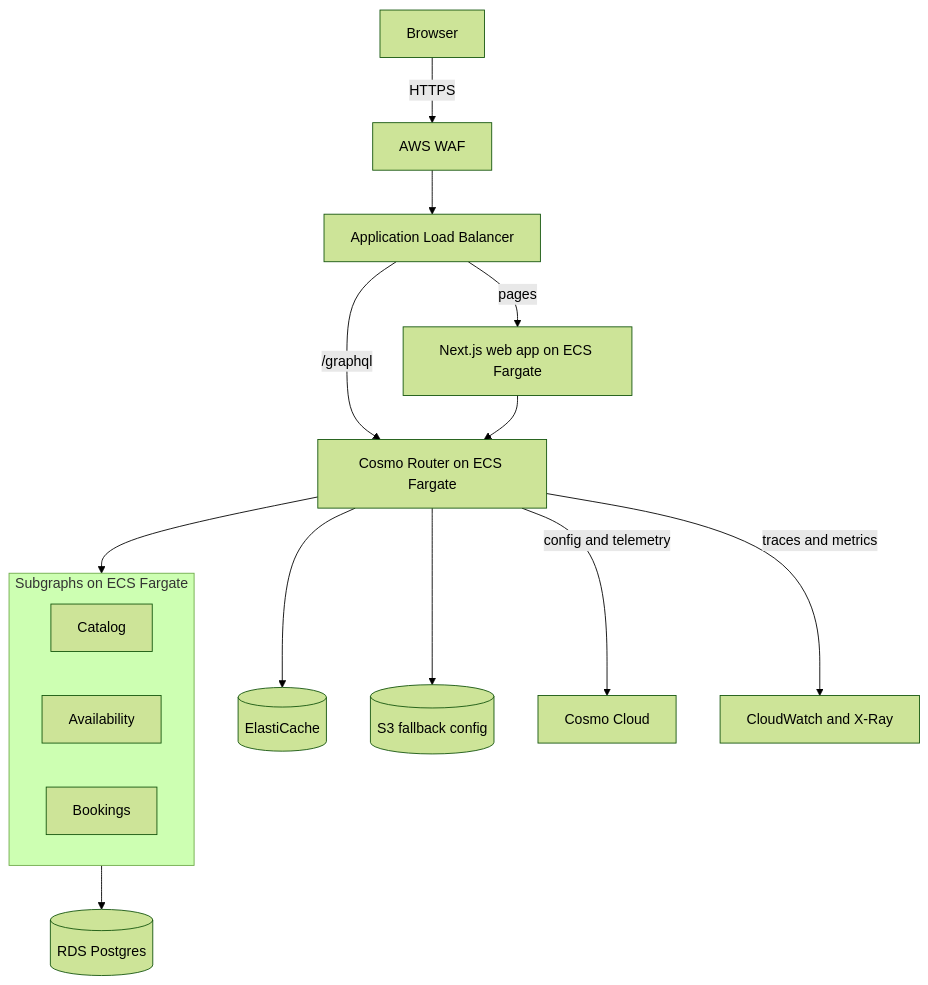
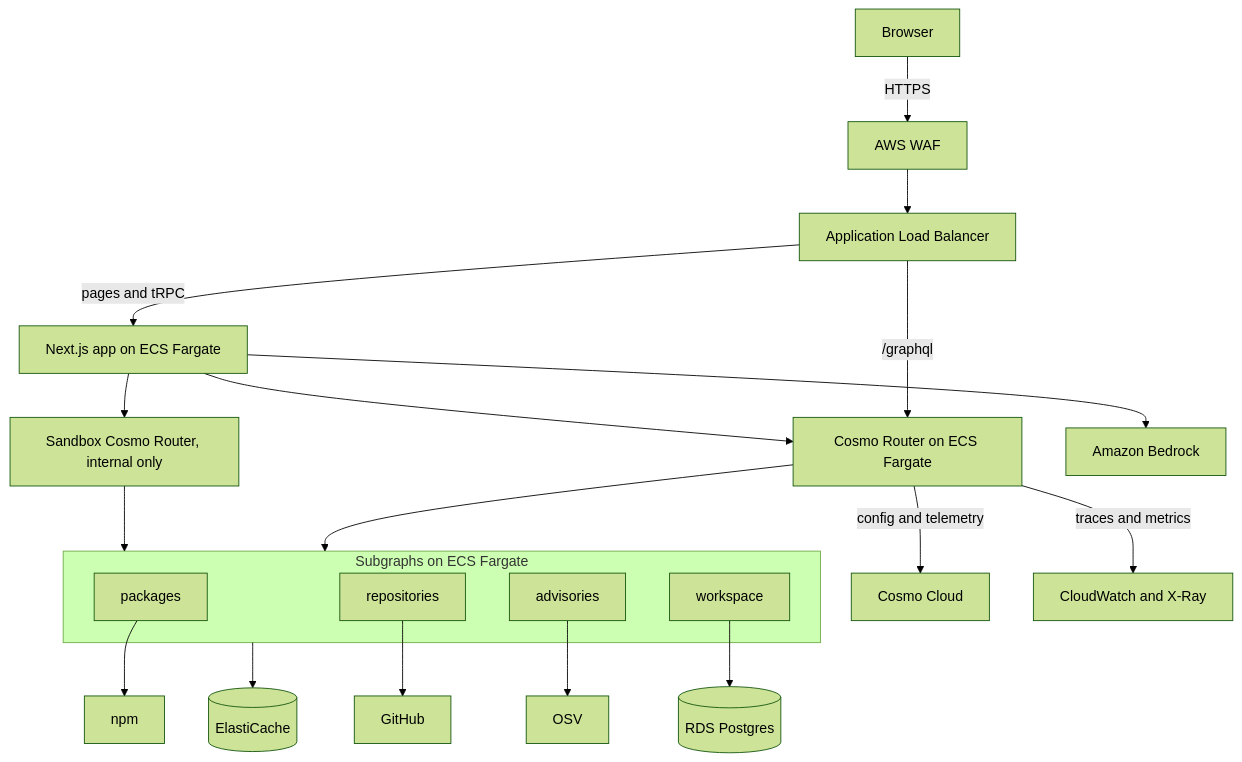
Before and after one commit to ayenisholah/signalbox: the diagram in README.md, drawn with Mermaid (forest theme). The commit also changed other lines of this file and 1 other file, not shown here.

````diff
--- a/README.md
+++ b/README.md
@@ -22,21 +52,27 @@
 ```mermaid
 flowchart TD
     client[Browser] -->|HTTPS| waf[AWS WAF]
     waf --> alb[Application Load Balancer]
-    alb -->|pages| web[Next.js web app on ECS Fargate]
-    alb -->|/graphql| router
-    web --> router[Cosmo Router on ECS Fargate]
+    alb -->|pages and tRPC| web[Next.js app on ECS Fargate]
+    alb -->|/graphql| router[Cosmo Router on ECS Fargate]
+    web --> router
+    web --> sandbox[Sandbox Cosmo Router, internal only]
+    web --> bedrock[Amazon Bedrock]
 
     subgraph services[Subgraphs on ECS Fargate]
-        catalog[Catalog]
-        availability[Availability]
-        bookings[Bookings]
+        packages[packages]
+        repositories[repositories]
+        advisories[advisories]
+        workspace[workspace]
     end
 
     router --> services
-    services --> rds[(RDS Postgres)]
-    router --> redis[(ElastiCache)]
-    router --> s3[(S3 fallback config)]
+    sandbox --> services
+    packages --> npm[npm]
+    repositories --> github[GitHub]
+    advisories --> osv[OSV]
+    workspace --> rds[(RDS Postgres)]
+    services --> redis[(ElastiCache)]
     router -->|config and telemetry| cosmo[Cosmo Cloud]
     router -->|traces and metrics| cloudwatch[CloudWatch and X-Ray]
 ```
````
